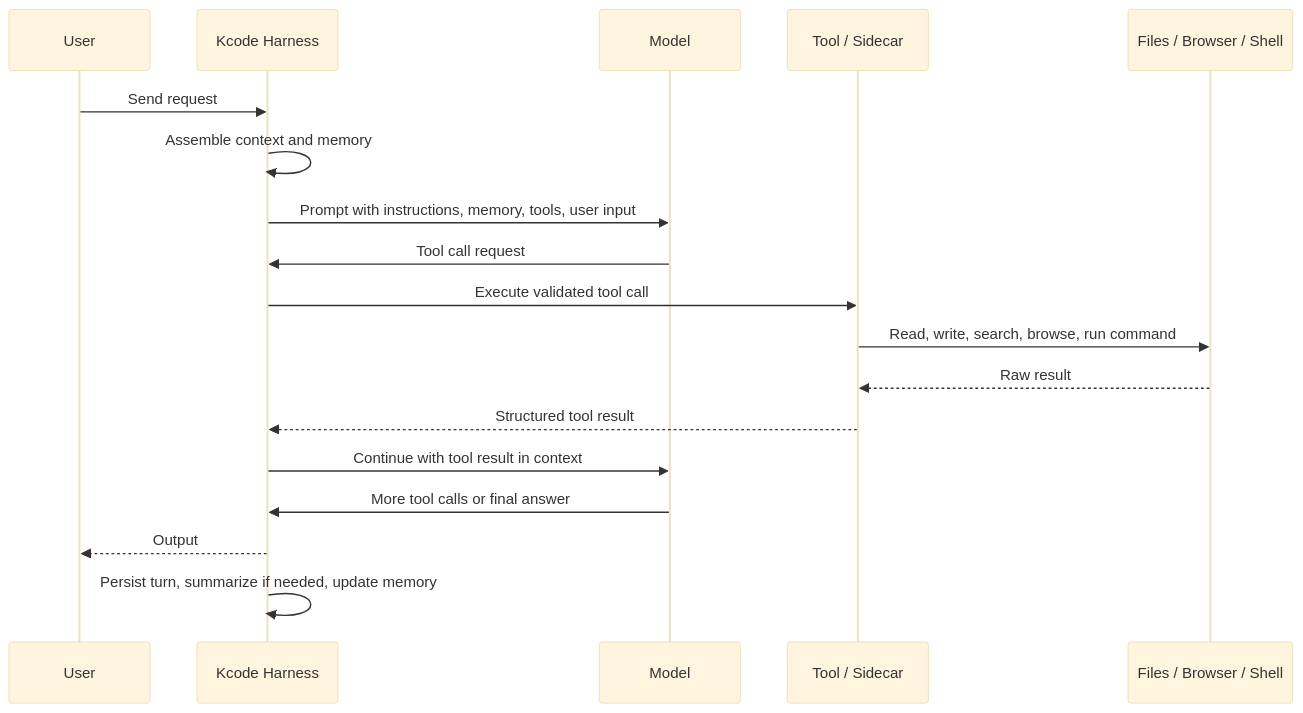
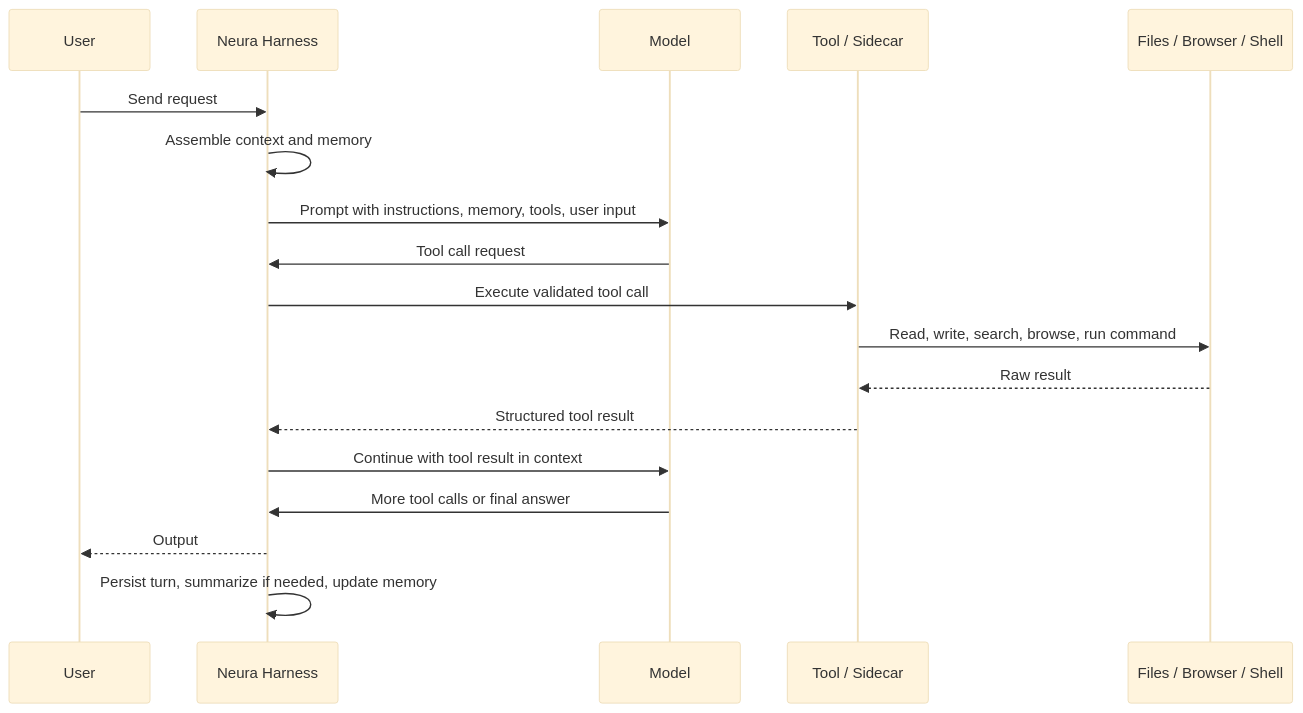
The second of 14 diagrams in docs/aboutmemoryandflow.md (icedmoca/neura), drawn with Mermaid (base theme) before and after one commit. The commit also changed other lines of this file and 562 other files, not shown here.

Commit message:
Rename Kcode to Neura

````diff
--- a/docs/aboutmemoryandflow.md
+++ b/docs/aboutmemoryandflow.md
@@ -249,21 +249,21 @@
 ```mermaid
 sequenceDiagram
     participant U as User
-    participant H as Kcode Harness
+    participant H as Neura Harness
     participant M as Model
     participant T as Tool / Sidecar
     participant FS as Files / Browser / Shell
 
     U->>H: Send request
     H->>H: Assemble context and memory
     H->>M: Prompt with instructions, memory, tools, user input
     M->>H: Tool call request
     H->>T: Execute validated tool call
     T->>FS: Read, write, search, browse, run command
     FS-->>T: Raw result
     T-->>H: Structured tool result
     H->>M: Continue with tool result in context
     M->>H: More tool calls or final answer
     H-->>U: Output
     H->>H: Persist turn, summarize if needed, update memory
 ```
````
